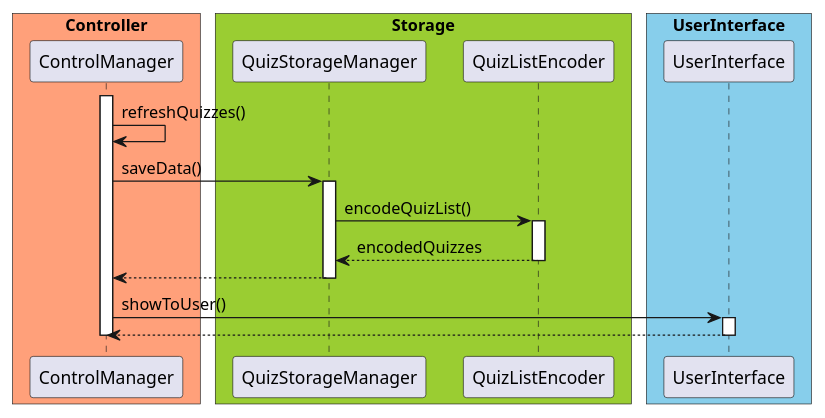
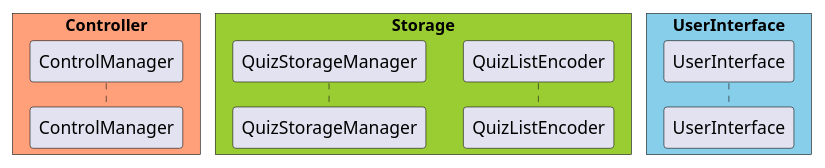
Before and after one commit to untitle4/tp: the diagram in docs/diagram/QuizReadStorage.puml, drawn with PlantUML. The commit also changed 2 other files, not shown here.

Commit message:
Add uml graph for quiz storage feature

```diff
--- a/docs/diagram/QuizReadStorage.puml
+++ b/docs/diagram/QuizReadStorage.puml
@@ -1,36 +1,22 @@
 @startuml
 
 skinparam ParticipantPadding 10
 skinparam BoxPadding 5
 
 box "Controller" #LightSalmon
 participant ControlManager
 end box
 
 box "Storage" #YellowGreen
 participant QuizStorageManager
 participant QuizListEncoder
 end box
 
 box "UserInterface" #skyblue
 participant UserInterface
 end box
 
 
-activate ControlManager
-ControlManager -> ControlManager : refreshQuizzes()
-ControlManager -> QuizStorageManager : saveData()
-activate QuizStorageManager
-QuizStorageManager -> QuizListEncoder : encodeQuizList()
-activate QuizListEncoder
-QuizListEncoder --> QuizStorageManager : encodedQuizzes
-deactivate QuizListEncoder
-QuizStorageManager --> ControlManager
-deactivate QuizStorageManager
-ControlManager -> UserInterface : showToUser()
-activate UserInterface
-UserInterface --> ControlManager
-deactivate UserInterface
-deactivate ControlManager
+
 
 @enduml
```
